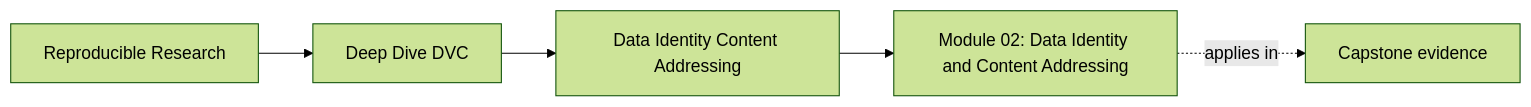
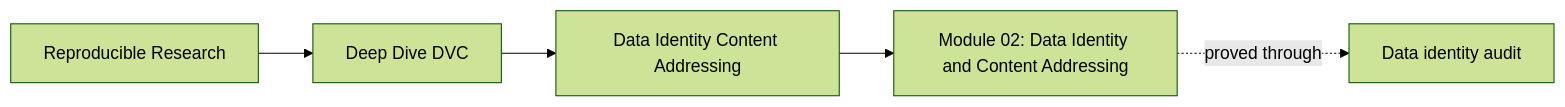
Before and after one commit to bijux/bijux-masterclass: the first of 4 diagrams in programs/reproducible-research/deep-dive-dvc/course-book/module-02-data-identity-content-addressing/index.md, drawn with Mermaid (forest theme). The commit also changed other lines of this file, not shown here.

Commit message:
docs(dvc): orient independent data identity study

````diff
--- a/programs/reproducible-research/deep-dive-dvc/course-book/module-02-data-identity-content-addressing/index.md
+++ b/programs/reproducible-research/deep-dive-dvc/course-book/module-02-data-identity-content-addressing/index.md
@@ -7,11 +6,11 @@
 ```mermaid
 graph LR
   family["Reproducible Research"]
   program["Deep Dive DVC"]
   section["Data Identity Content Addressing"]
   page["Module 02: Data Identity and Content Addressing"]
-  capstone["Capstone evidence"]
+  capstone["Data identity audit"]
 
   family --> program --> section --> page
-  page -.applies in.-> capstone
+  page -.proved through.-> capstone
 ```
````
